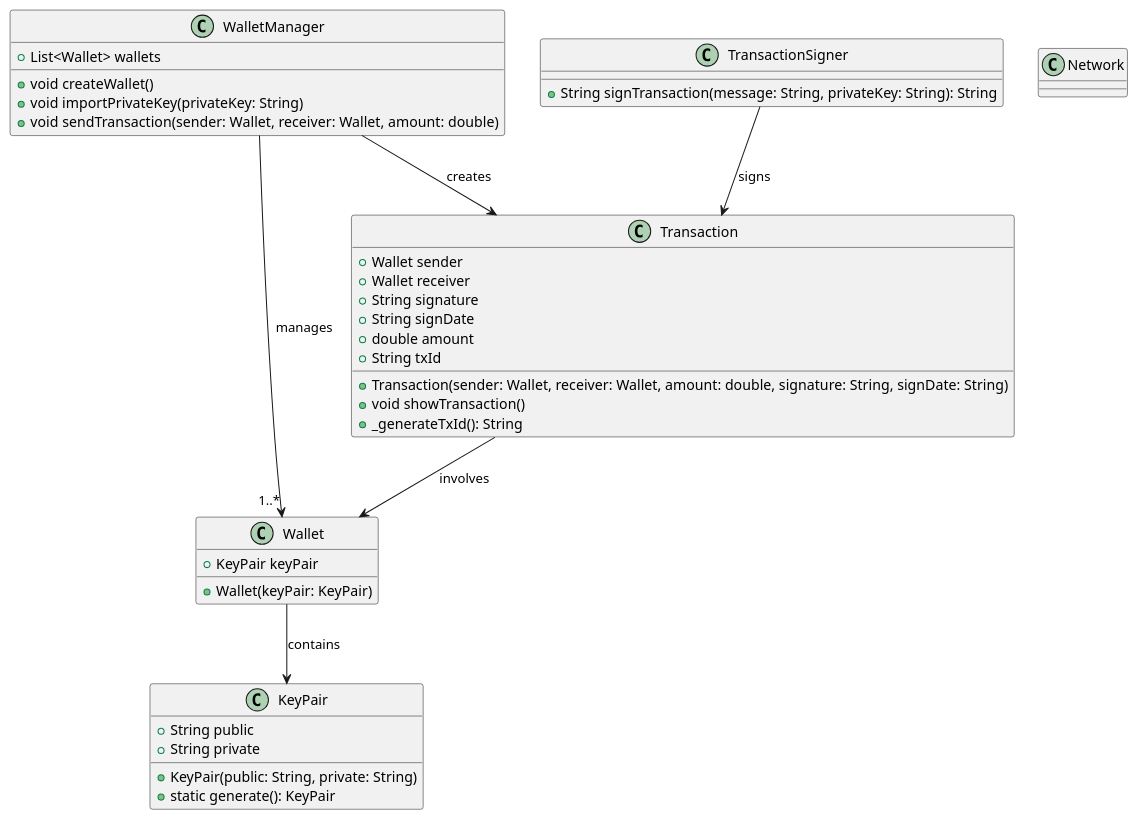
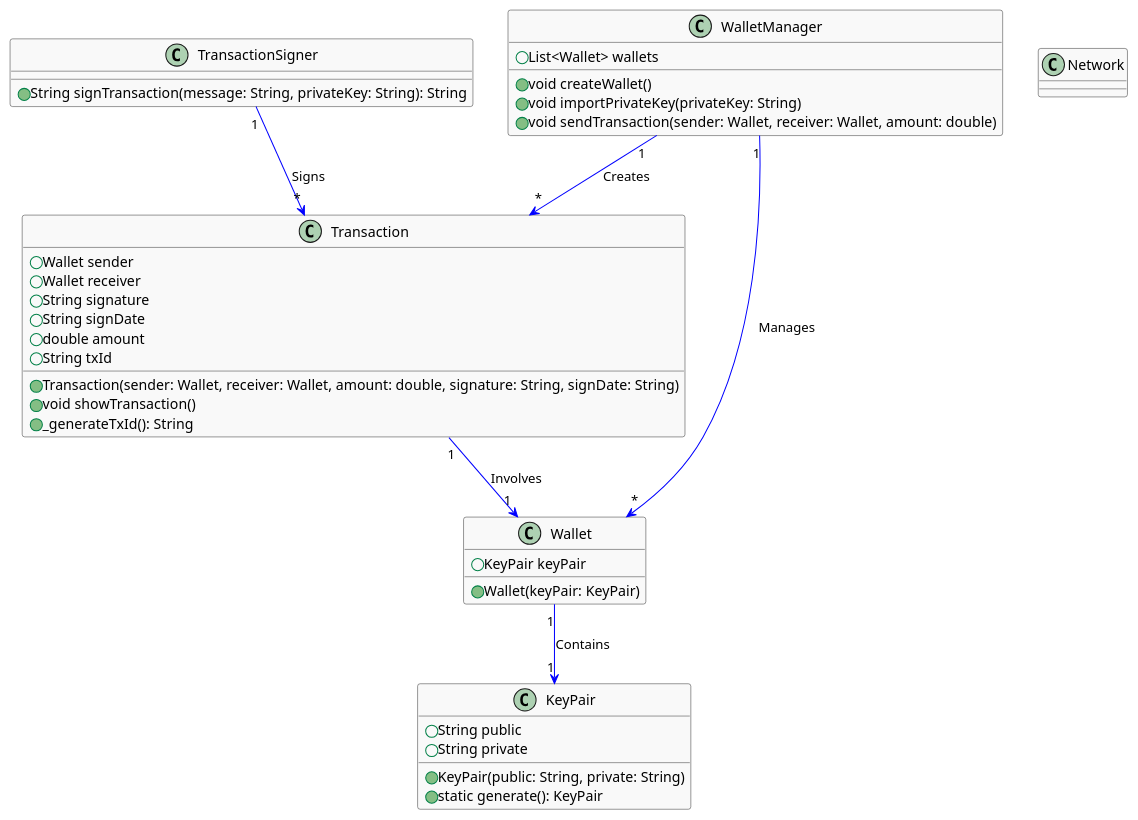
One commit to hibiskush/Nhom5 changed the diagram in diagram.puml. Above: the diagram before and after it, drawn with PlantUML.

```diff
--- a/diagram.puml
+++ b/diagram.puml
@@ -1,49 +1,62 @@
 @startuml
 
+' Set default style for all classes
+skinparam classAttributeIconSize 16
+skinparam classFontSize 14
+skinparam classArrowColor #0000ff
+skinparam classBackgroundColor #f9f9f9
+skinparam classBorderColor #333333
+
+' Define KeyPair class
 class KeyPair {
     +String public
     +String private
     +KeyPair(public: String, private: String)
     +static generate(): KeyPair
 }
 
+' Define Network class (can be expanded later)
 class Network {
     ' This class is empty for now, but can be extended in the future.
 }
 
+' Define Wallet class
 class Wallet {
     +KeyPair keyPair
     +Wallet(keyPair: KeyPair)
 }
 
-class WalletManager {
-    +List<Wallet> wallets
-    +void createWallet()
-    +void importPrivateKey(privateKey: String)
-    +void sendTransaction(sender: Wallet, receiver: Wallet, amount: double)
-}
-
+' Define TransactionSigner class
 class TransactionSigner {
     +String signTransaction(message: String, privateKey: String): String
 }
 
+' Define Transaction class
 class Transaction {
     +Wallet sender
     +Wallet receiver
     +String signature
     +String signDate
     +double amount
     +String txId
     +Transaction(sender: Wallet, receiver: Wallet, amount: double, signature: String, signDate: String)
     +void showTransaction()
     +_generateTxId(): String
 }
 
-' Relationships
-WalletManager --> "1..*" Wallet : manages
-Wallet --> KeyPair : contains
-WalletManager --> Transaction : creates
-TransactionSigner --> Transaction : signs
-Transaction --> Wallet : involves
+' Define WalletManager class
+class WalletManager {
+    +List<Wallet> wallets
+    +void createWallet()
+    +void importPrivateKey(privateKey: String)
+    +void sendTransaction(sender: Wallet, receiver: Wallet, amount: double)
+}
+
+' Relationships between classes
+WalletManager "1" --> "*" Wallet : Manages
+Wallet "1" --> "1" KeyPair : Contains
+WalletManager "1" --> "*" Transaction : Creates
+TransactionSigner "1" --> "*" Transaction : Signs
+Transaction "1" --> "1" Wallet : Involves
 
 @enduml
```
